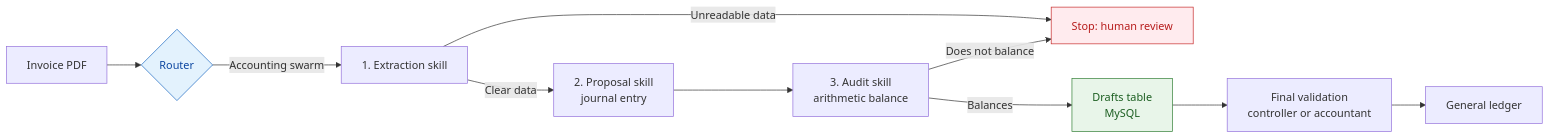
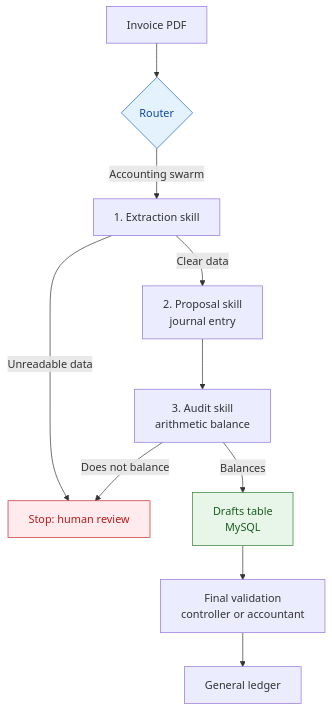
Before and after one commit to jleonceo/portfolio-juan-luis: the second of 3 diagrams in README.en.md, drawn with Mermaid. The commit also changed other lines of this file and 1 other file, not shown here.

````diff
--- a/README.en.md
+++ b/README.en.md
@@ -35,19 +57,16 @@
 ```mermaid
-flowchart LR
+flowchart TD
     A[Invoice PDF] --> B{Router}
     B -->|Accounting swarm| C[1. Extraction skill]
-
     C -->|Unreadable data| D[Stop: human review]
     C -->|Clear data| E[2. Proposal skill<br/>journal entry]
-
     E --> F[3. Audit skill<br/>arithmetic balance]
-
     F -->|Does not balance| D
     F -->|Balances| G[Drafts table<br/>MySQL]
     G --> H[Final validation<br/>controller or accountant]
     H --> I[General ledger]
 
     style D fill:#ffebee,stroke:#c62828,color:#b71c1c
     style G fill:#e8f5e9,stroke:#2e7d32,color:#1b5e20
     style B fill:#e3f2fd,stroke:#1565c0,color:#0d47a1
 ```
````
